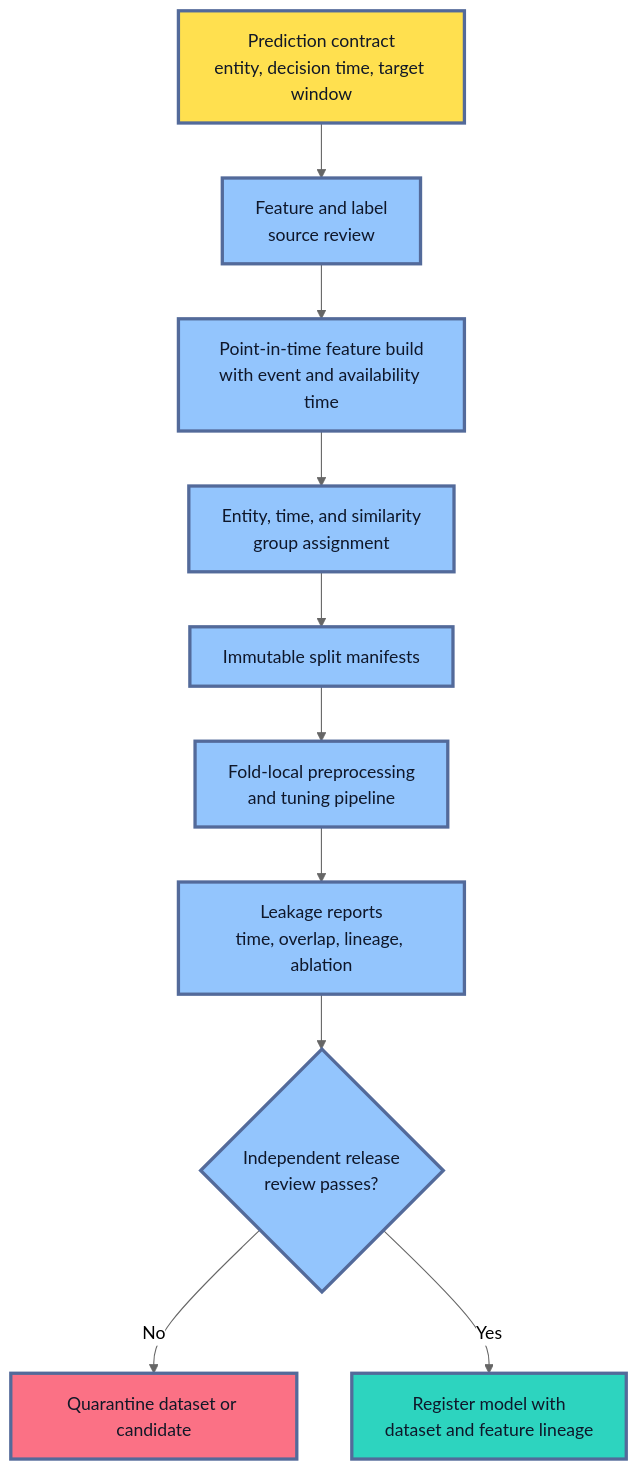
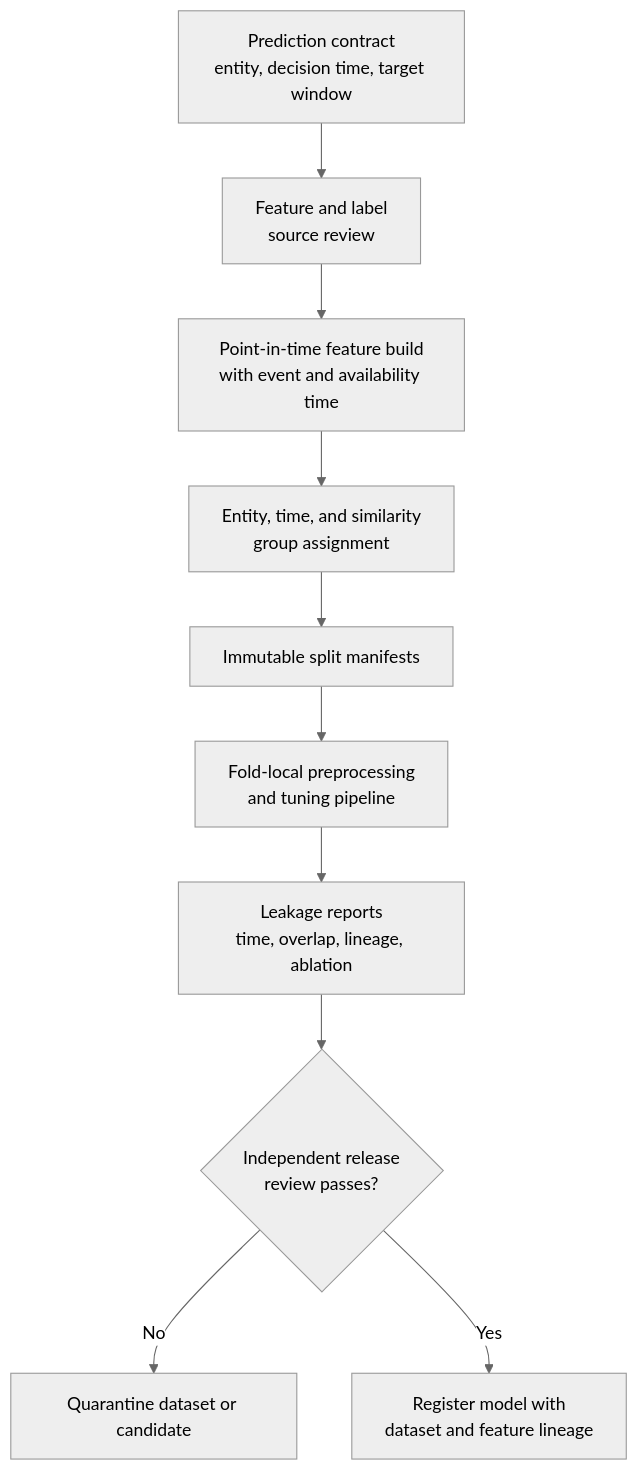
Before and after one commit to senlinyy/dev-roadmaps: the third of 4 diagrams in roadmaps/mlops/modules/data-for-ml-systems/training-data-basics/03-data-leakage-explained.md, drawn with Mermaid (neutral theme). The commit also changed other lines of this file and 152 other files, not shown here.

Commit message:
feat: mlops and diagrams updated

````diff
--- a/roadmaps/mlops/modules/data-for-ml-systems/training-data-basics/03-data-leakage-explained.md
+++ b/roadmaps/mlops/modules/data-for-ml-systems/training-data-basics/03-data-leakage-explained.md
@@ -339,21 +334,17 @@
 ```mermaid
 flowchart TD
     A["Prediction contract<br/>entity, decision time, target window"] --> B["Feature and label<br/>source review"]
     B --> C["Point-in-time feature build<br/>with event and availability time"]
     C --> D["Entity, time, and similarity<br/>group assignment"]
     D --> E["Immutable split manifests"]
     E --> F["Fold-local preprocessing<br/>and tuning pipeline"]
     F --> G["Leakage reports<br/>time, overlap, lineage, ablation"]
     G --> H{"Independent release<br/>review passes?"}
     H -->|"No"| I["Quarantine dataset or candidate"]
     H -->|"Yes"| J["Register model with<br/>dataset and feature lineage"]
 
-    classDef contract fill:#FFE04F,stroke:#536A9A,stroke-width:3px,color:#111827
-    classDef work fill:#93C5FD,stroke:#536A9A,stroke-width:3px,color:#0F172A
-    classDef block fill:#FB7185,stroke:#536A9A,stroke-width:3px,color:#111827
-    classDef release fill:#2DD4BF,stroke:#536A9A,stroke-width:3px,color:#0F172A
     class A contract
     class B,C,D,E,F,G,H work
     class I block
     class J release
 ```
````
